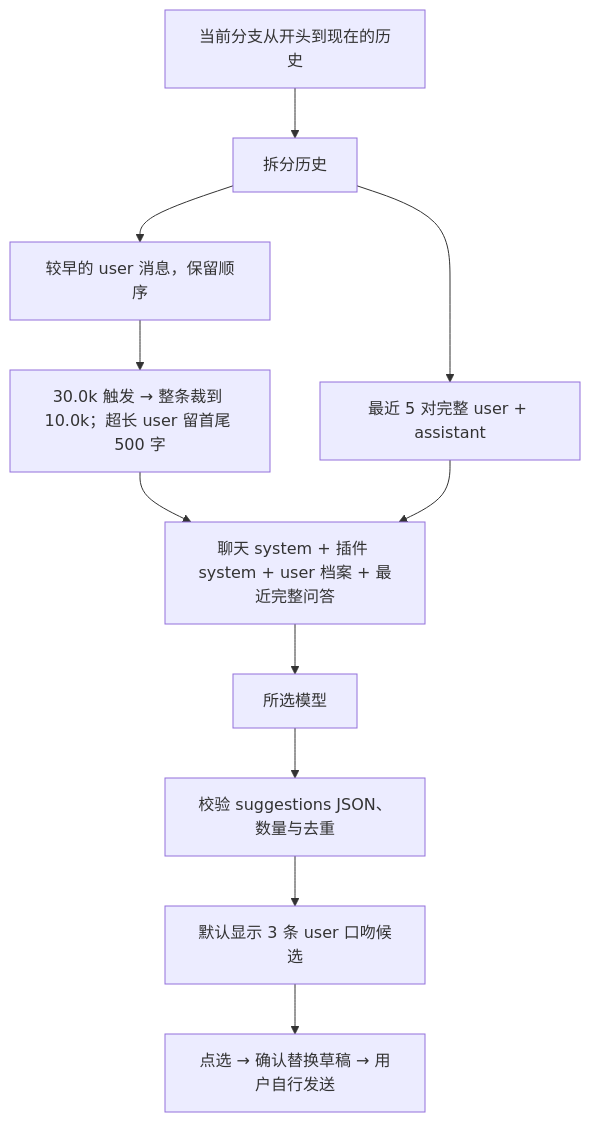
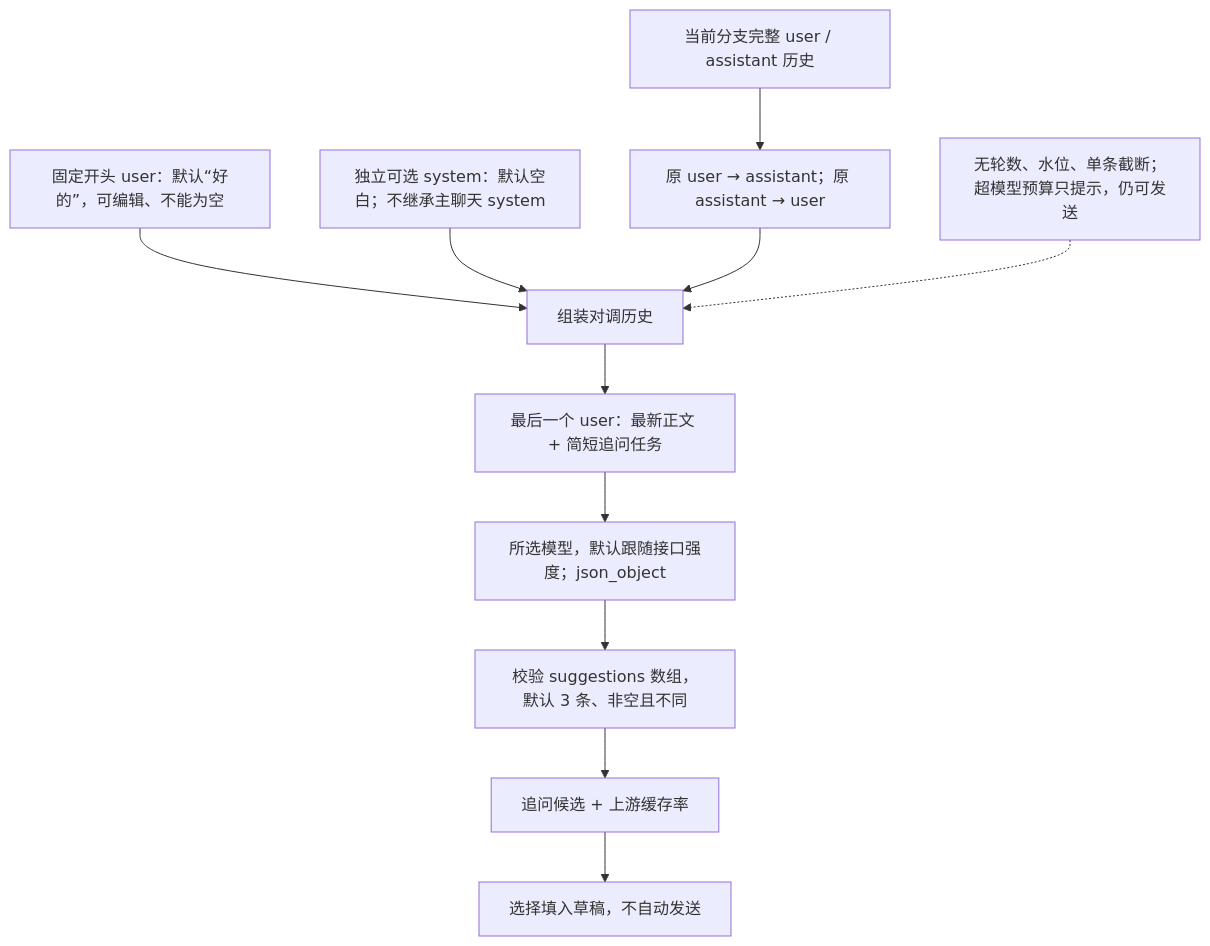
The fifth of 7 diagrams in docs/PLUGINS.md (ccawmiku/workers-chat), drawn with Mermaid before and after one commit. The commit also changed other lines of this file and 17 other files, not shown here.

````diff
--- a/docs/PLUGINS.md
+++ b/docs/PLUGINS.md
@@ -264,13 +274,13 @@
 ```mermaid
 flowchart TD
-    Branch[当前分支从开头到现在的历史] --> Split[拆分历史]
-    Split --> Archive[较早的 user 消息，保留顺序]
-    Split --> Recent[最近 5 对完整 user + assistant]
-    Archive --> Trim[30.0k 触发 → 整条裁到 10.0k；超长 user 留首尾 500 字]
-    Trim --> Assemble[聊天 system + 插件 system + user 档案 + 最近完整问答]
-    Recent --> Assemble
-    Assemble --> Model[所选模型]
-    Model --> Validate[校验 suggestions JSON、数量与去重]
-    Validate --> UI[默认显示 3 条 user 口吻候选]
-    UI --> Draft[点选 → 确认替换草稿 → 用户自行发送]
+    Branch[当前分支完整 user / assistant 历史] --> Swap[原 user → assistant；原 assistant → user]
+    U0[固定开头 user：默认“好的”，可编辑、不能为空] --> Prefix[组装对调历史]
+    System[独立可选 system：默认空白；不继承主聊天 system] --> Prefix
+    Swap --> Prefix
+    Prefix --> Tail[最后一个 user：最新正文 + 简短追问任务]
+    Tail --> Model[所选模型，默认跟随接口强度；json_object]
+    Model --> Check[校验 suggestions 数组，默认 3 条、非空且不同]
+    Check --> Cards[追问候选 + 上游缓存率]
+    Cards --> Draft[选择填入草稿，不自动发送]
+    Water[无轮数、水位、单条截断；超模型预算只提示，仍可发送] -.-> Prefix
 ```
````
